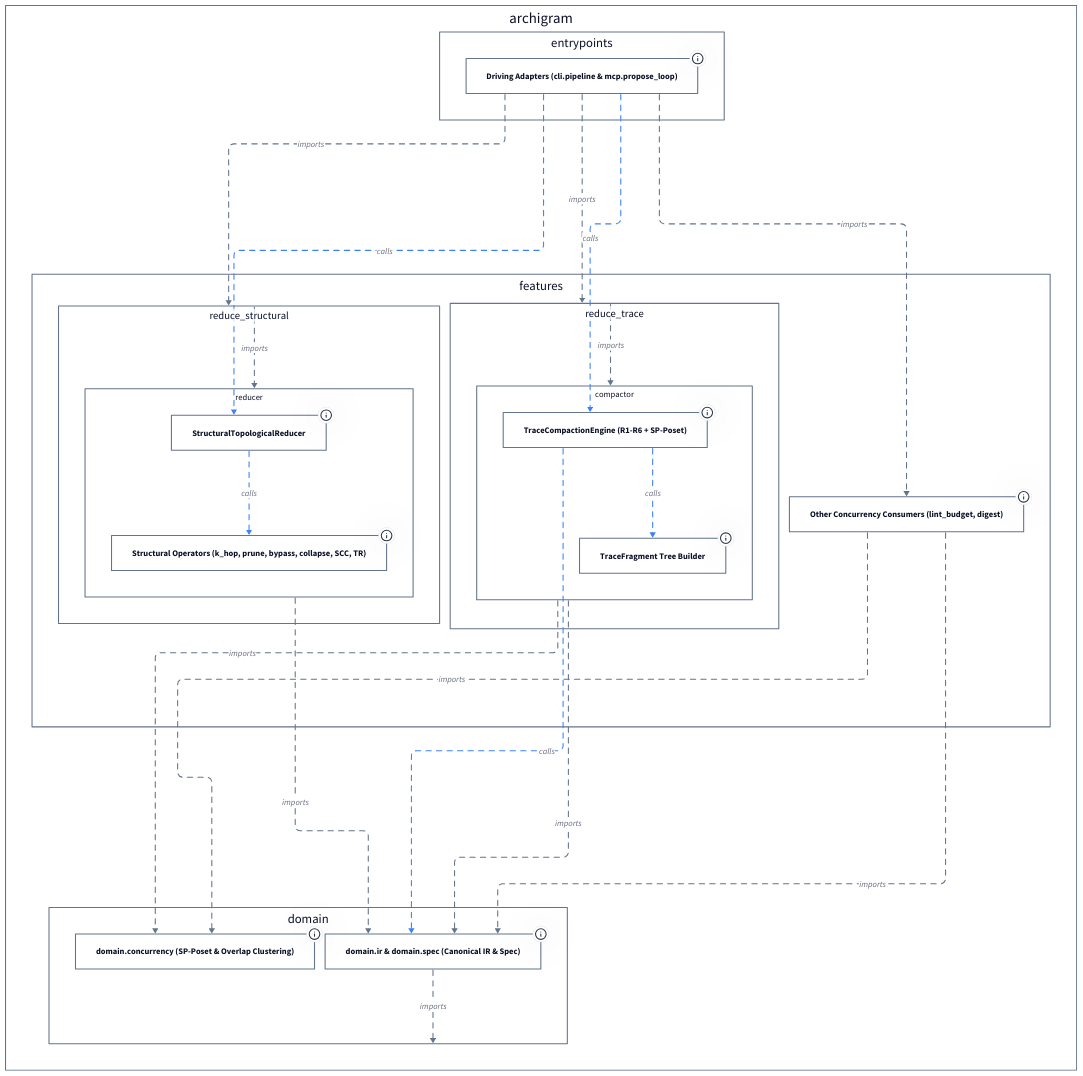
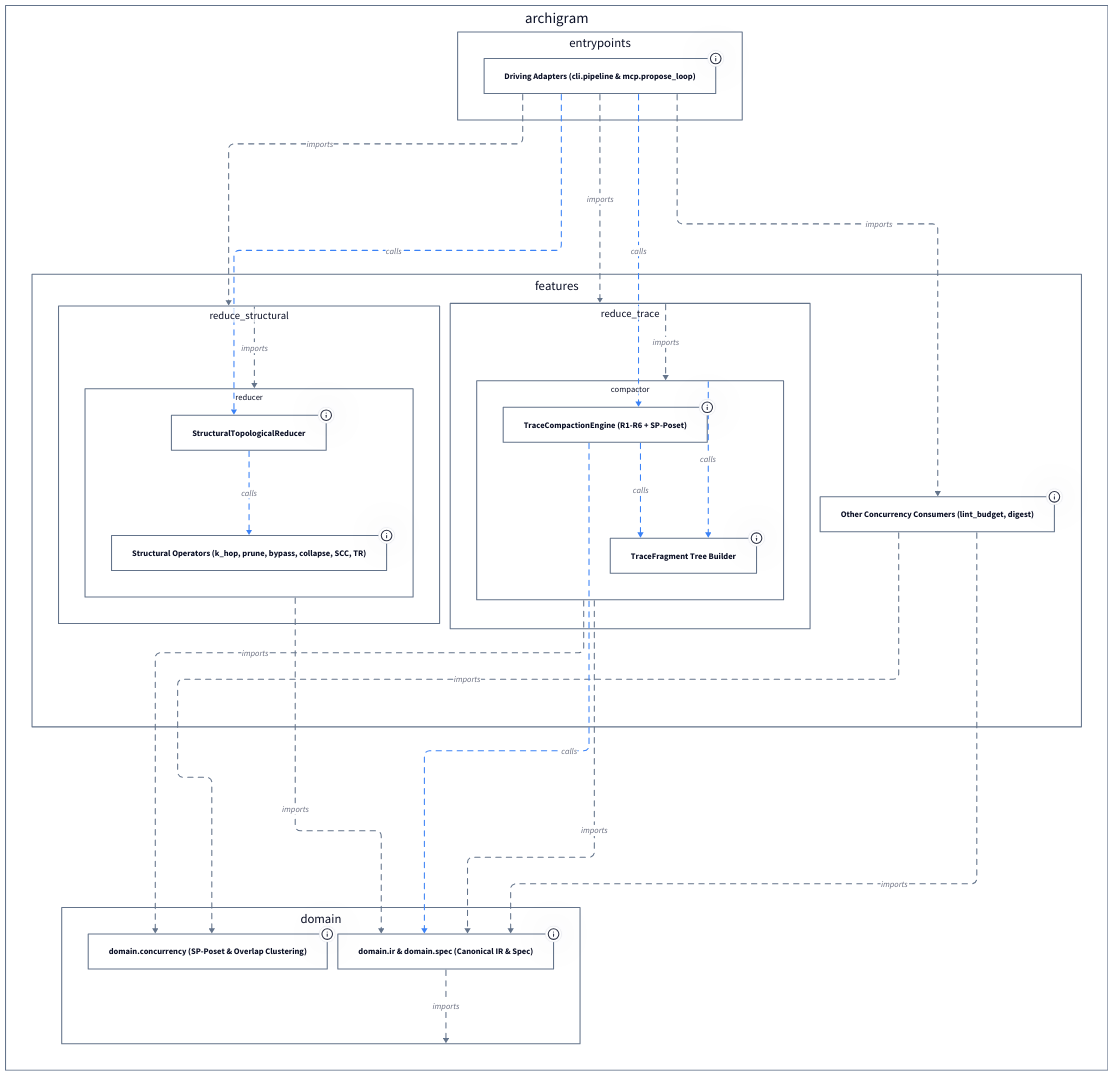
One commit to klcd/archigram changed the diagram in docs/architecture/diagrams/l2b_reduction_engine_d2.d2. Above: the diagram before and after it, drawn with D2. The commit also changed 44 other files, not shown here.

```diff
--- a/docs/architecture/diagrams/l2b_reduction_engine_d2.d2
+++ b/docs/architecture/diagrams/l2b_reduction_engine_d2.d2
@@ -1,146 +1,150 @@
 vars: {
   d2-config: {
     layout-engine: elk
     theme-id: 0
     dark-theme-id: 200
   }
 }
 style.fill: transparent
 
 archigram: "archigram" {
   style.fill: transparent
   style.stroke: "#64748b"
   "archigram.domain": "domain" {
     style.fill: transparent
     style.stroke: "#64748b"
     domain_concurrency_poset: "domain.concurrency (SP-Poset & Overlap Clustering)" {
       style.fill: transparent
       style.stroke: "#64748b"
-      tooltip: "Derived via l2b_d2_concurrency (1 backing node: archigram.domain.concurrency)"
+      tooltip: "Derived via l2b_d2_concurrency (2 backing nodes: archigram.domain.concurrency, archigram.domain.concurrency.PosetCotreeNode)"
     }
     domain_ir_and_spec: "domain.ir & domain.spec (Canonical IR & Spec)" {
       style.fill: transparent
       style.stroke: "#64748b"
       tooltip: "Derived via l2b_d2_domain_ir_spec (3 backing nodes: archigram.domain.ir, archigram.domain.spec, archigram.domain.spec.TraceCompactionConfig)"
     }
   }
   "archigram.entrypoints": "entrypoints" {
     style.fill: transparent
     style.stroke: "#64748b"
     driving_entrypoints: "Driving Adapters (cli.pipeline & mcp.propose_loop)" {
       style.fill: transparent
       style.stroke: "#64748b"
       tooltip: "Derived via l2b_d2_callers (5 backing nodes: archigram.entrypoints.cli, archigram.entrypoints.cli.pipeline, archigram.entrypoints.cli.pipeline.compile_and_lint_pipeline, archigram.entrypoints.mcp, archigram.entrypoints.mcp.propose_loop)"
     }
   }
   "archigram.features": "features" {
     style.fill: transparent
     style.stroke: "#64748b"
     "archigram.features.reduce_structural": "reduce_structural" {
       style.fill: transparent
       style.stroke: "#64748b"
       "archigram.features.reduce_structural.reducer": "reducer" {
         style.fill: transparent
         style.stroke: "#64748b"
         reduce_structural_engine: "StructuralTopologicalReducer" {
           style.fill: transparent
           style.stroke: "#64748b"
           tooltip: "Derived via l2b_d2_structural_engine (1 backing node: archigram.features.reduce_structural.reducer.StructuralTopologicalReducer)"
         }
         reduce_structural_ops: "Structural Operators (k_hop, prune, bypass, collapse, SCC, TR)" {
           style.fill: transparent
           style.stroke: "#64748b"
           tooltip: "Derived via l2b_d2_structural_ops (4 backing nodes: archigram.features.reduce_structural.reducer.apply_structural_rule, archigram.features.reduce_structural.reducer.condense_sccs, archigram.features.reduce_structural.reducer.k_hop_neighborhood, archigram.features.reduce_structural.reducer.transitive_reduction)"
         }
       }
     }
     "archigram.features.reduce_trace": "reduce_trace" {
       style.fill: transparent
       style.stroke: "#64748b"
       "archigram.features.reduce_trace.compactor": "compactor" {
         style.fill: transparent
         style.stroke: "#64748b"
         reduce_trace_engine: "TraceCompactionEngine (R1-R6 + SP-Poset)" {
           style.fill: transparent
           style.stroke: "#64748b"
           tooltip: "Derived via l2b_d2_trace_engine (1 backing node: archigram.features.reduce_trace.compactor.TraceCompactionEngine)"
         }
         trace_fragment_tree: "TraceFragment Tree Builder" {
           style.fill: transparent
           style.stroke: "#64748b"
-          tooltip: "Derived via l2b_d2_trace_fragments (1 backing node: archigram.features.reduce_trace.compactor.build_trace_fragment_tree)"
+          tooltip: "Derived via l2b_d2_trace_fragments (2 backing nodes: archigram.features.reduce_trace.compactor.TraceFragment, archigram.features.reduce_trace.compactor.build_trace_fragment_tree)"
         }
       }
     }
     concurrency_consumers: "Other Concurrency Consumers (lint_budget, digest)" {
       style.fill: transparent
       style.stroke: "#64748b"
       tooltip: "Derived via l2b_d2_lint_consumers (2 backing nodes: archigram.features.lint_budget, archigram.features.lint_budget.gate)"
     }
   }
 }
 
 archigram."archigram.features"."archigram.features.reduce_structural" -> archigram."archigram.features"."archigram.features.reduce_structural"."archigram.features.reduce_structural.reducer": "imports" {
   style.stroke: "#64748b"
   style.stroke-dash: 5
 }
 archigram."archigram.features"."archigram.features.reduce_structural"."archigram.features.reduce_structural.reducer" -> archigram."archigram.domain".domain_ir_and_spec: "imports" {
   style.stroke: "#64748b"
   style.stroke-dash: 5
 }
 archigram."archigram.features"."archigram.features.reduce_trace" -> archigram."archigram.features"."archigram.features.reduce_trace"."archigram.features.reduce_trace.compactor": "imports" {
   style.stroke: "#64748b"
   style.stroke-dash: 5
 }
 archigram."archigram.features"."archigram.features.reduce_trace"."archigram.features.reduce_trace.compactor" -> archigram."archigram.domain".domain_concurrency_poset: "imports" {
   style.stroke: "#64748b"
   style.stroke-dash: 5
 }
 archigram."archigram.features"."archigram.features.reduce_trace"."archigram.features.reduce_trace.compactor" -> archigram."archigram.domain".domain_ir_and_spec: "imports" {
   style.stroke: "#64748b"
   style.stroke-dash: 5
+}
+archigram."archigram.features"."archigram.features.reduce_trace"."archigram.features.reduce_trace.compactor" -> archigram."archigram.features"."archigram.features.reduce_trace"."archigram.features.reduce_trace.compactor".trace_fragment_tree: "calls" {
+  style.stroke: "#3b82f6"
+  style.animated: true
 }
 archigram."archigram.features".concurrency_consumers -> archigram."archigram.domain".domain_concurrency_poset: "imports" {
   style.stroke: "#64748b"
   style.stroke-dash: 5
 }
 archigram."archigram.features".concurrency_consumers -> archigram."archigram.domain".domain_ir_and_spec: "imports" {
   style.stroke: "#64748b"
   style.stroke-dash: 5
 }
 archigram."archigram.domain".domain_ir_and_spec -> archigram."archigram.domain": "imports" {
   style.stroke: "#64748b"
   style.stroke-dash: 5
 }
 archigram."archigram.entrypoints".driving_entrypoints -> archigram."archigram.features"."archigram.features.reduce_structural": "imports" {
   style.stroke: "#64748b"
   style.stroke-dash: 5
 }
 archigram."archigram.entrypoints".driving_entrypoints -> archigram."archigram.features"."archigram.features.reduce_trace": "imports" {
   style.stroke: "#64748b"
   style.stroke-dash: 5
 }
 archigram."archigram.entrypoints".driving_entrypoints -> archigram."archigram.features".concurrency_consumers: "imports" {
   style.stroke: "#64748b"
   style.stroke-dash: 5
 }
 archigram."archigram.entrypoints".driving_entrypoints -> archigram."archigram.features"."archigram.features.reduce_structural"."archigram.features.reduce_structural.reducer".reduce_structural_engine: "calls" {
   style.stroke: "#3b82f6"
   style.animated: true
 }
 archigram."archigram.entrypoints".driving_entrypoints -> archigram."archigram.features"."archigram.features.reduce_trace"."archigram.features.reduce_trace.compactor".reduce_trace_engine: "calls" {
   style.stroke: "#3b82f6"
   style.animated: true
 }
 archigram."archigram.features"."archigram.features.reduce_structural"."archigram.features.reduce_structural.reducer".reduce_structural_engine -> archigram."archigram.features"."archigram.features.reduce_structural"."archigram.features.reduce_structural.reducer".reduce_structural_ops: "calls" {
   style.stroke: "#3b82f6"
   style.animated: true
 }
 archigram."archigram.features"."archigram.features.reduce_trace"."archigram.features.reduce_trace.compactor".reduce_trace_engine -> archigram."archigram.domain".domain_ir_and_spec: "calls" {
   style.stroke: "#3b82f6"
   style.animated: true
 }
 archigram."archigram.features"."archigram.features.reduce_trace"."archigram.features.reduce_trace.compactor".reduce_trace_engine -> archigram."archigram.features"."archigram.features.reduce_trace"."archigram.features.reduce_trace.compactor".trace_fragment_tree: "calls" {
   style.stroke: "#3b82f6"
   style.animated: true
 }
```
